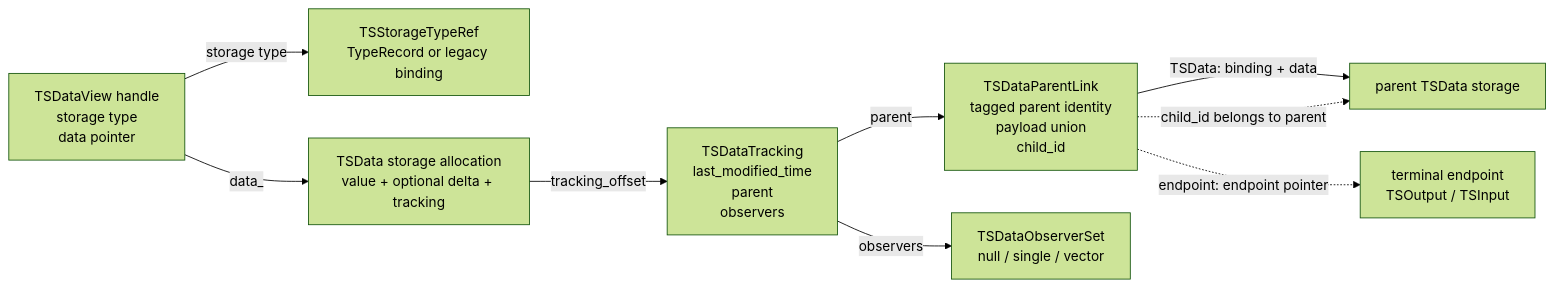
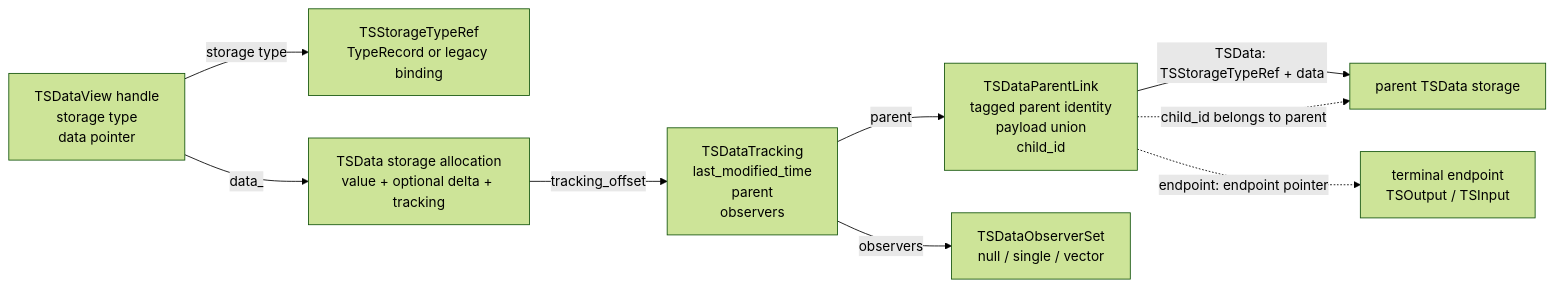
The seventh of 10 diagrams in docs/source/developer_guide/data_structures/plans_and_ops/time_series.rst (hhenson/hg_cpp), drawn with Mermaid (forest theme) before and after one commit. The commit also changed other lines of this file and 30 other files, not shown here.

First line of the commit message:
Milestone 4C is now implemented and independently reviewed with an ACCEPT verdict. It covers TSS/TSD/REF type records, keyed slot   lifecycles, proxy invalidation/resurrection, reference identity reconciliation, cache ownership, and layout guarantees.

```diff
--- a/docs/source/developer_guide/data_structures/plans_and_ops/time_series.rst
+++ b/docs/source/developer_guide/data_structures/plans_and_ops/time_series.rst
@@ -891,20 +903,20 @@
 .. mermaid::
 
    flowchart LR
       View["TSDataView handle<br/>storage type<br/>data pointer"]
       Type["TSStorageTypeRef<br/>TypeRecord or legacy binding"]
       Data["TSData storage allocation<br/>value + optional delta + tracking"]
       Tracking["TSDataTracking<br/>last_modified_time<br/>parent<br/>observers"]
       Link["TSDataParentLink<br/>tagged parent identity<br/>payload union<br/>child_id"]
       Observers["TSDataObserverSet<br/>null / single / vector"]
       ParentData["parent TSData storage"]
       Endpoint["terminal endpoint<br/>TSOutput / TSInput"]
 
       View -->|storage type| Type
       View -->|data_| Data
       Data -->|tracking_offset| Tracking
       Tracking -->|parent| Link
       Tracking -->|observers| Observers
-      Link -->|TSData: binding + data| ParentData
+      Link -->|TSData: TSStorageTypeRef + data| ParentData
       Link -.endpoint: endpoint pointer.-> Endpoint
       Link -.child_id belongs to parent.-> ParentData
```
